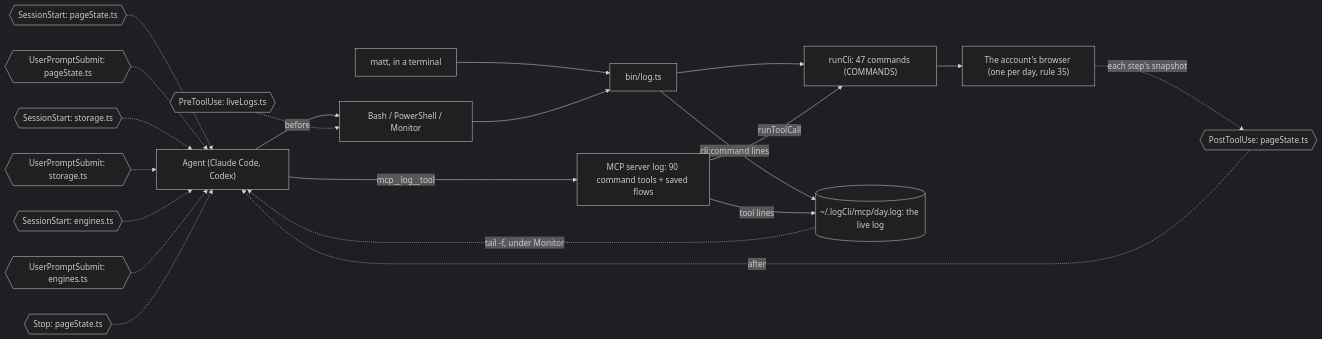
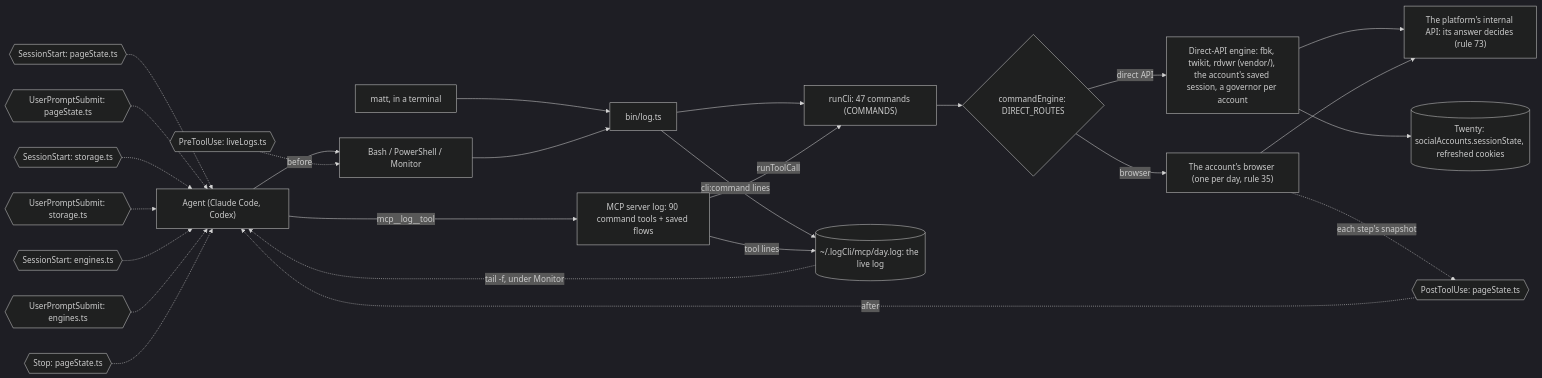
Before and after one commit to matthewdonsemail-lab/log: the diagram in docs/diagrams/surface.mmd, drawn with Mermaid (dark theme). The commit also changed 9 other files, not shown here.

Commit message:
docs(readme): every platform in the README and its diagrams: a platforms diagram, commands grouped by platform, the direct-API engine path

```diff
--- a/docs/diagrams/surface.mmd
+++ b/docs/diagrams/surface.mmd
@@ -1,31 +1,40 @@
-%% How a call reaches log-cli. From a shell or over MCP, both run the same commands through `runCli`, write the same live log, and pass through the same hooks.
+%% How a call reaches log-cli. From a shell or over MCP, both run the same commands through `runCli`, write the same live log, and pass through the same hooks. `commandEngine` sends each command to the platform's direct API or to the account's browser.
 %% Written by `bun run docs:build` from the code (rule 56). Not edited by hand.
 flowchart LR
   agent["Agent (Claude Code, Codex)"]
   matt["matt, in a terminal"]
   shell["Bash / PowerShell / Monitor"]
   mcp["MCP server log: 90 command tools + saved flows"]
   bin["bin/log.ts"]
   runCli["runCli: 47 commands (COMMANDS)"]
   live[("~/.logCli/mcp/day.log: the live log")]
+  engine{"commandEngine: DIRECT_ROUTES"}
+  direct["Direct-API engine: fbk, twikit, rdvwr (vendor/), the account's saved session, a governor per account"]
   browser["The account's browser (one per day, rule 35)"]
+  api["The platform's internal API: its answer decides (rule 73)"]
+  twenty[("Twenty: socialAccounts.sessionState, refreshed cookies")]
   agent --> shell
   matt --> bin
   shell --> bin
   agent -->|mcp__log__tool| mcp
   bin --> runCli
   mcp -->|runToolCall| runCli
-  runCli --> browser
+  runCli --> engine
+  engine -->|direct API| direct
+  engine -->|browser| browser
+  direct --> api
+  browser --> api
+  direct --> twenty
   bin -->|cli:command lines| live
   mcp -->|tool lines| live
   live -.->|tail -f, under Monitor| agent
   pre0{{"PreToolUse: liveLogs.ts"}} -.->|before| shell
   post0{{"PostToolUse: pageState.ts"}} -.->|after| agent
   turn0{{"SessionStart: pageState.ts"}} -.-> agent
   turn1{{"UserPromptSubmit: pageState.ts"}} -.-> agent
   turn2{{"SessionStart: storage.ts"}} -.-> agent
   turn3{{"UserPromptSubmit: storage.ts"}} -.-> agent
   turn4{{"SessionStart: engines.ts"}} -.-> agent
   turn5{{"UserPromptSubmit: engines.ts"}} -.-> agent
   turn6{{"Stop: pageState.ts"}} -.-> agent
   browser -.->|each step's snapshot| post0
```
